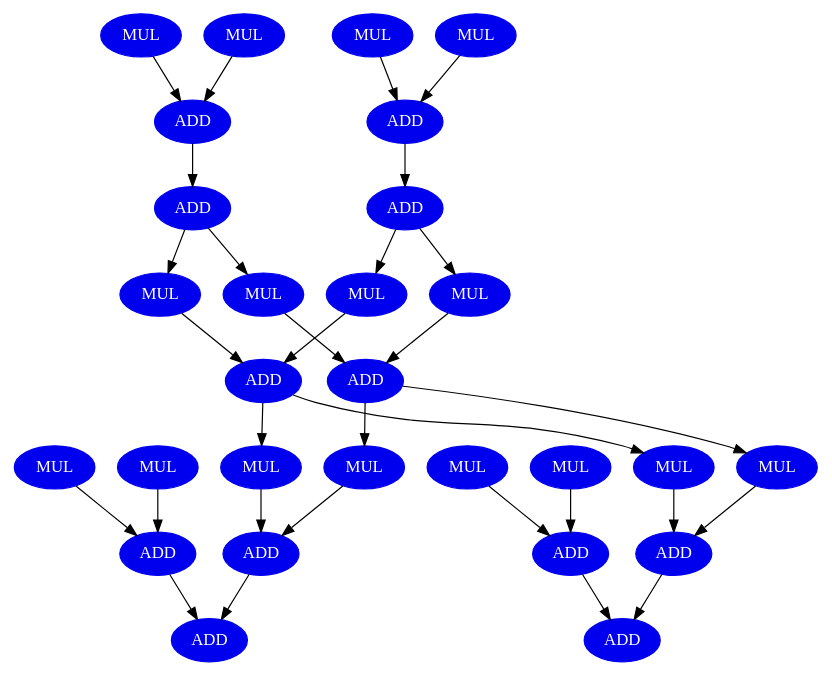
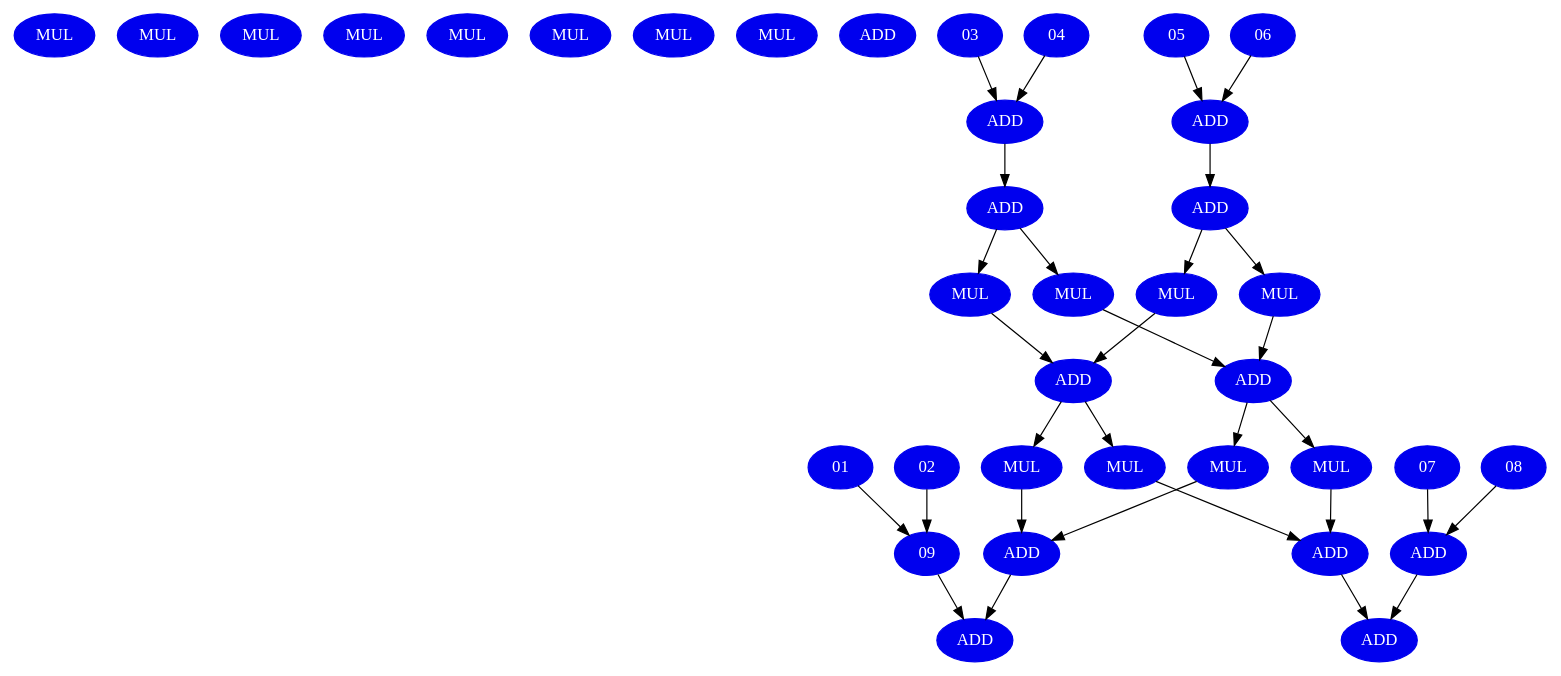
The diagram in benchmark/arf1.dot (zephyr2k/project_nitd_clock), drawn with Graphviz before and after one commit. The commit also changed 4 other files, not shown here.

```diff
--- a/benchmark/arf1.dot
+++ b/benchmark/arf1.dot
@@ -1,61 +1,61 @@
 digraph arf {
     node [fontcolor=white,style=filled,color=blue2];
      1 [label = MUL ];
      2 [label = MUL ];
      3 [label = MUL ];
      4 [label = MUL ];
      5 [label = MUL ];
      6 [label = MUL ];
      7 [label = MUL ];
      8 [label = MUL ];
      9 [label = ADD ];
      10 [label = ADD ];
      11 [label = ADD ];
      12 [label = ADD ];
      13 [label = ADD ];
      14 [label = ADD ];
      15 [label = MUL ];
      16 [label = MUL ];
      17 [label = MUL ];
      18 [label = MUL ];
      19 [label = ADD ];
      20 [label = ADD ];
      21 [label = MUL ];
      22 [label = MUL ];
      23 [label = MUL ];
      24 [label = MUL ];
      25 [label = ADD ];
      26 [label = ADD ];
      27 [label = ADD ];
      28 [label = ADD ];
-     1 -> 9 [ name=0 ];
-     2 -> 9 [ name=1 ];
-     3 -> 10 [ name=2 ];
-     4 -> 10 [ name=3 ];
-     5 -> 11 [ name=4 ];
-     6 -> 11 [ name=5 ];
-     7 -> 12 [ name=6 ];
-     8 -> 12 [ name=7 ];
-     9 -> 27 [ name=8 ];
+     01 -> 09 [ name=0 ];
+     02 -> 09 [ name=1 ];
+     03 -> 10 [ name=2 ];
+     04 -> 10 [ name=3 ];
+     05 -> 11 [ name=4 ];
+     06 -> 11 [ name=5 ];
+     07 -> 12 [ name=6 ];
+     08 -> 12 [ name=7 ];
+     09 -> 27 [ name=8 ];
      10 -> 13 [ name=9 ];
      11 -> 14 [ name=10 ];
      12 -> 28 [ name=11 ];
      13 -> 15 [ name=12 ];
      13 -> 17 [ name=13 ];
      14 -> 16 [ name=14 ];
      14 -> 18 [ name=15 ];
      15 -> 19 [ name=16 ];
      16 -> 19 [ name=17 ];
      17 -> 20 [ name=18 ];
      18 -> 20 [ name=19 ];
      19 -> 21 [ name=20 ];
      19 -> 23 [ name=21 ];
      20 -> 22 [ name=22 ];
      20 -> 24 [ name=23 ];
      21 -> 25 [ name=24 ];
      22 -> 25 [ name=25 ];
      23 -> 26 [ name=26 ];
      24 -> 26 [ name=27 ];
      25 -> 27 [ name=28 ];
      26 -> 28 [ name=29 ];
 }
```
